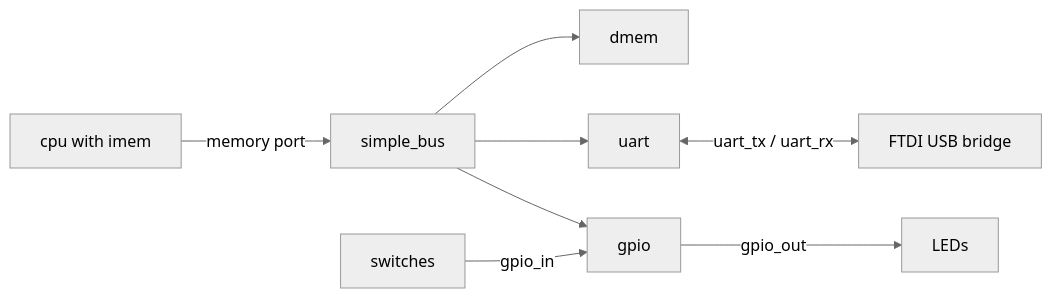
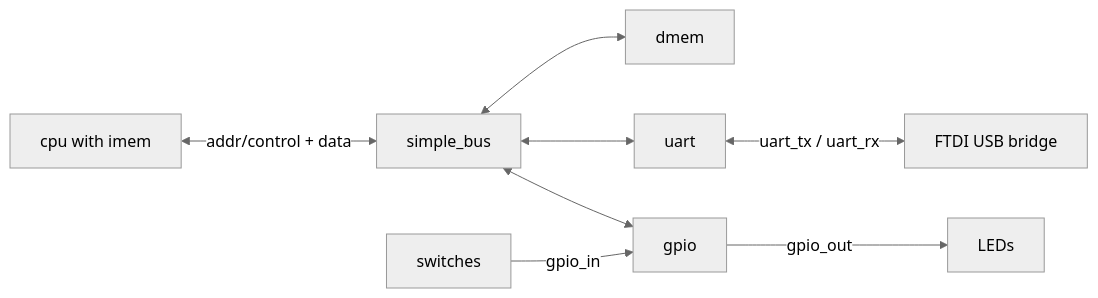
Before and after one commit to Qionglin258/rv21i-cpu: the second of 2 diagrams in README.md, drawn with Mermaid (neutral theme). The commit also changed 3 other files, not shown here.

````diff
--- a/README.md
+++ b/README.md
@@ -43,10 +43,10 @@
 ```mermaid
 flowchart LR
-    CPU[cpu with imem] -->|memory port| BUS[simple_bus]
-    BUS --> DMEM[dmem]
-    BUS --> UART[uart]
-    BUS --> GPIO[gpio]
+    CPU[cpu with imem] <-->|addr/control + data| BUS[simple_bus]
+    BUS <--> DMEM[dmem]
+    BUS <--> UART[uart]
+    BUS <--> GPIO[gpio]
     UART <-->|uart_tx / uart_rx| FTDI[FTDI USB bridge]
+    SW[switches] -->|gpio_in| GPIO
     GPIO -->|gpio_out| LED[LEDs]
-    SW[switches] -->|gpio_in| GPIO
 ```
````
